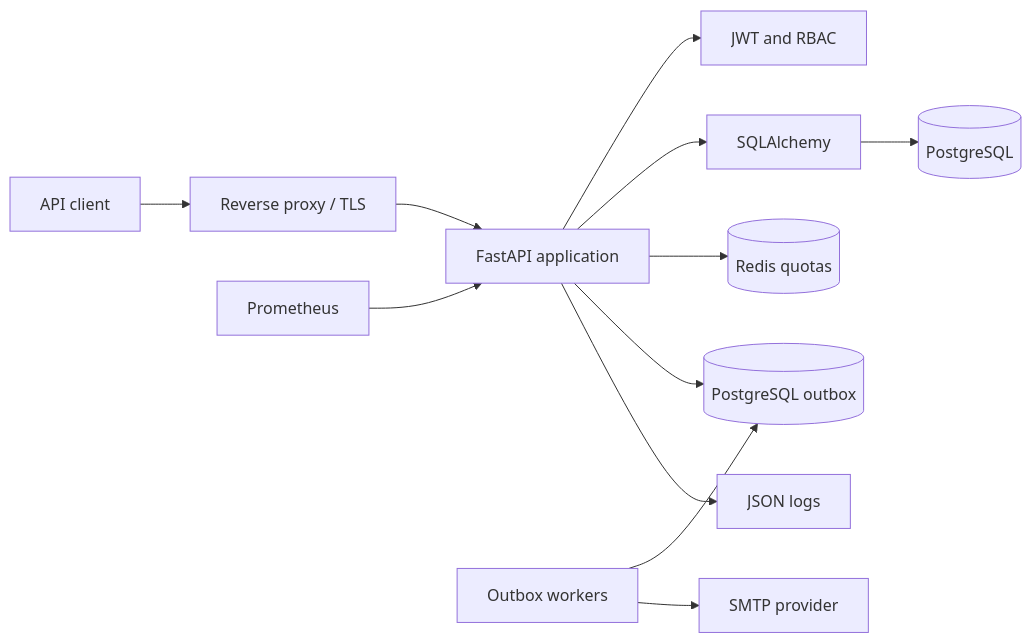
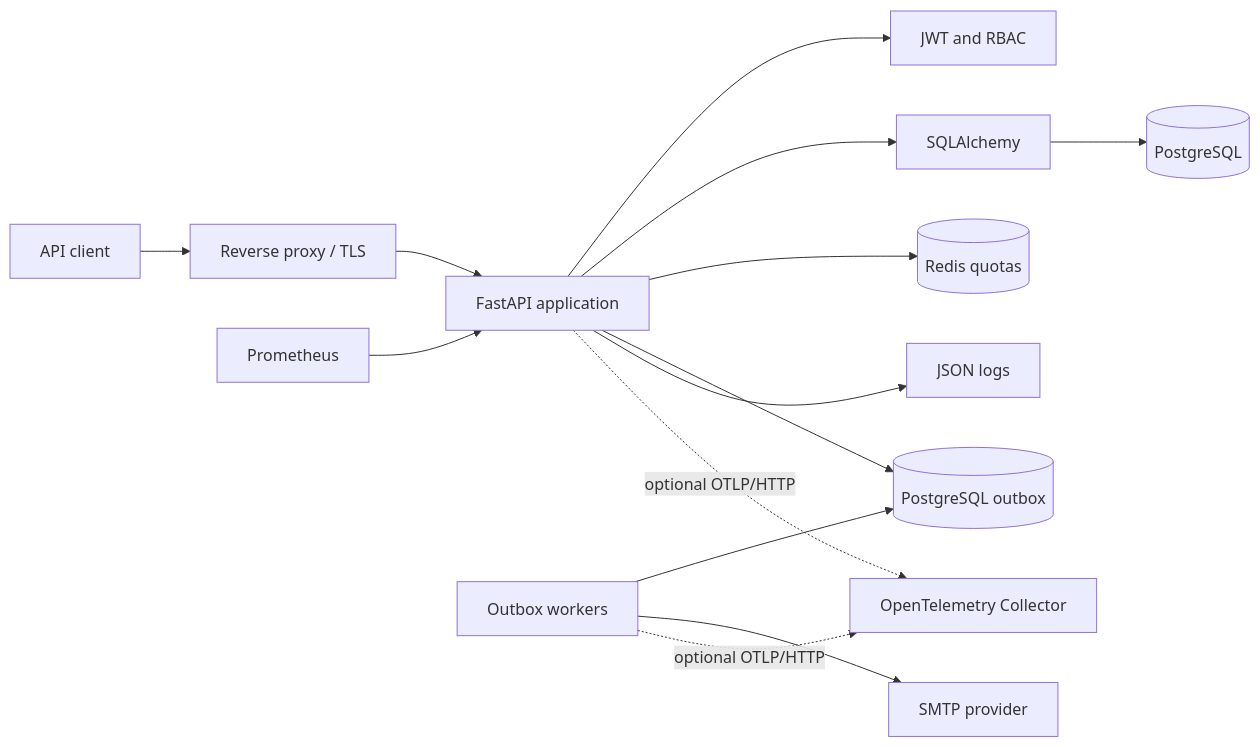
One commit to HoungDev/fastapi-production-api changed the diagram in README.md. Above: the diagram before and after it, drawn with Mermaid. The commit also changed other lines of this file and 21 other files, not shown here.

Commit message:
feat: add OpenTelemetry distributed tracing (#33)

````diff
--- a/README.md
+++ b/README.md
@@ -120,14 +120,16 @@
 ```mermaid
 flowchart LR
     Client["API client"] --> Proxy["Reverse proxy / TLS"]
     Proxy --> API["FastAPI application"]
     API --> Auth["JWT and RBAC"]
     API --> DB["SQLAlchemy"]
     DB --> Postgres[("PostgreSQL")]
     API --> Redis[("Redis quotas")]
     API --> Outbox[("PostgreSQL outbox")]
     Worker["Outbox workers"] --> Outbox
     Worker --> SMTP["SMTP provider"]
     API --> Logs["JSON logs"]
     Monitor["Prometheus"] --> API
+    API -. optional OTLP/HTTP .-> Collector["OpenTelemetry Collector"]
+    Worker -. optional OTLP/HTTP .-> Collector
 ```
````
